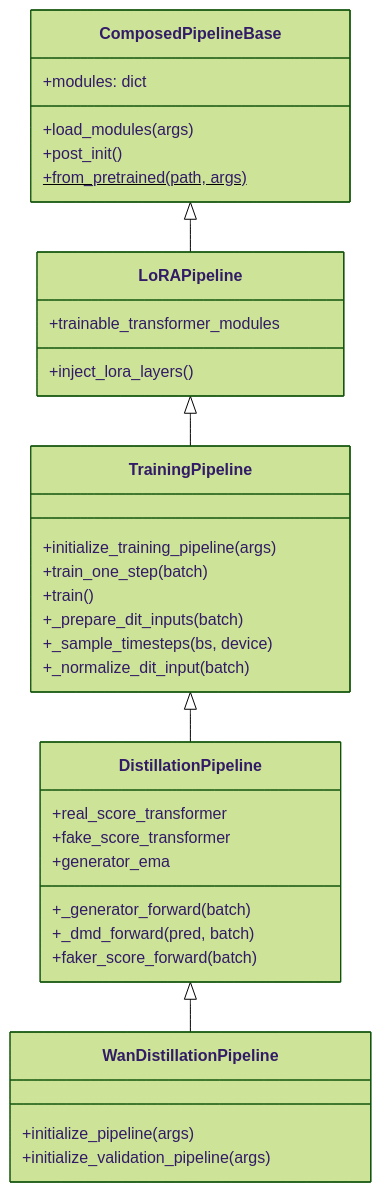
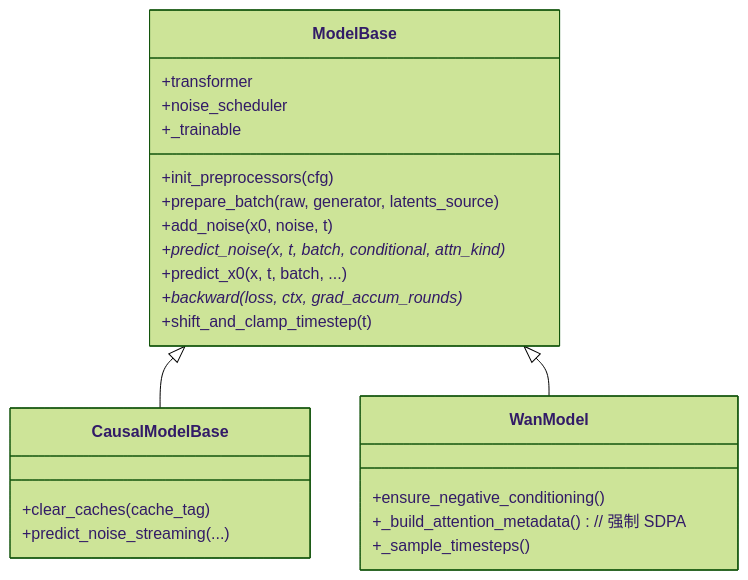
One commit to Huangzjun/FlashGen changed the second of 7 diagrams in docs/架构设计.md. Above: the diagram before and after it, drawn with Mermaid (forest theme). The commit also changed other lines of this file and 42 other files, not shown here.

````diff
--- a/docs/架构设计.md
+++ b/docs/架构设计.md
@@ -156,37 +219,26 @@
 ```mermaid
 classDiagram
-    class ComposedPipelineBase {
-        +modules: dict
-        +load_modules(args)
-        +post_init()
-        +from_pretrained(path, args)$
+    class ModelBase {
+        +transformer
+        +noise_scheduler
+        +_trainable
+        +init_preprocessors(cfg)
+        +prepare_batch(raw, generator, latents_source)
+        +add_noise(x0, noise, t)
+        +predict_noise(x, t, batch, conditional, attn_kind)*
+        +predict_x0(x, t, batch, ...)
+        +backward(loss, ctx, grad_accum_rounds)*
+        +shift_and_clamp_timestep(t)
     }
-    class LoRAPipeline {
-        +trainable_transformer_modules
-        +inject_lora_layers()
+    class CausalModelBase {
+        +clear_caches(cache_tag)
+        +predict_noise_streaming(...)
     }
-    class TrainingPipeline {
-        +initialize_training_pipeline(args)
-        +train_one_step(batch)
-        +train()
-        +_prepare_dit_inputs(batch)
-        +_sample_timesteps(bs, device)
-        +_normalize_dit_input(batch)
+    class WanModel {
+        +ensure_negative_conditioning()
+        +_build_attention_metadata()  // 强制 SDPA
+        +_sample_timesteps()
     }
-    class DistillationPipeline {
-        +real_score_transformer
-        +fake_score_transformer
-        +_generator_forward(batch)
-        +_dmd_forward(pred, batch)
-        +faker_score_forward(batch)
-        +generator_ema
-    }
-    class WanDistillationPipeline {
-        +initialize_pipeline(args)
-        +initialize_validation_pipeline(args)
-    }
-    ComposedPipelineBase <|-- LoRAPipeline
-    LoRAPipeline <|-- TrainingPipeline
-    TrainingPipeline <|-- DistillationPipeline
-    DistillationPipeline <|-- WanDistillationPipeline
+    ModelBase <|-- CausalModelBase
+    ModelBase <|-- WanModel
 ```
````
